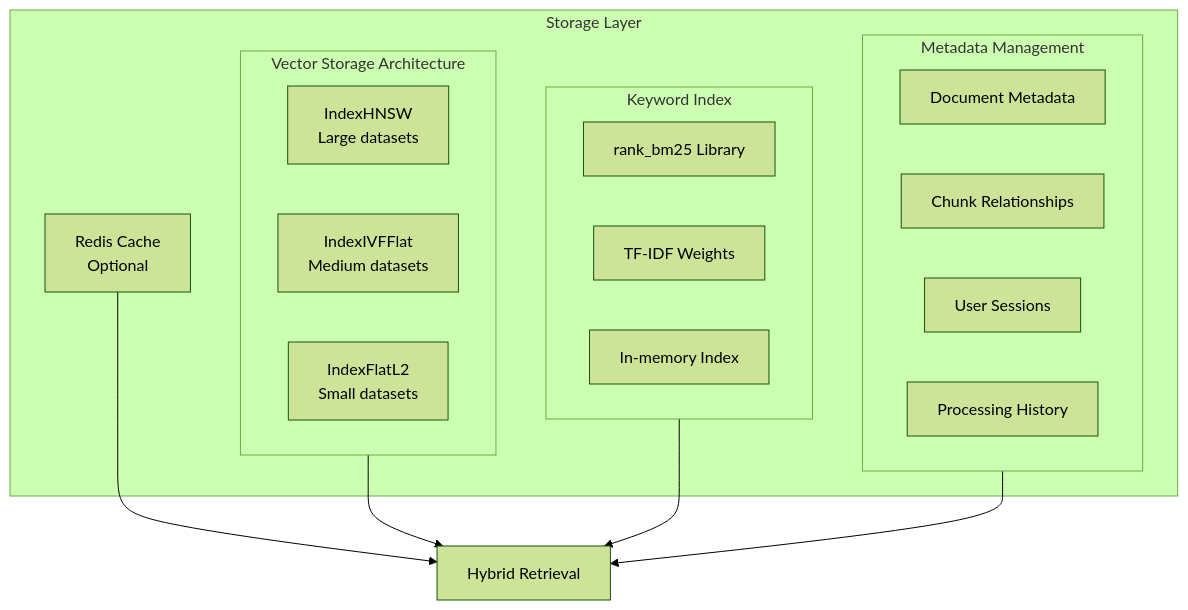
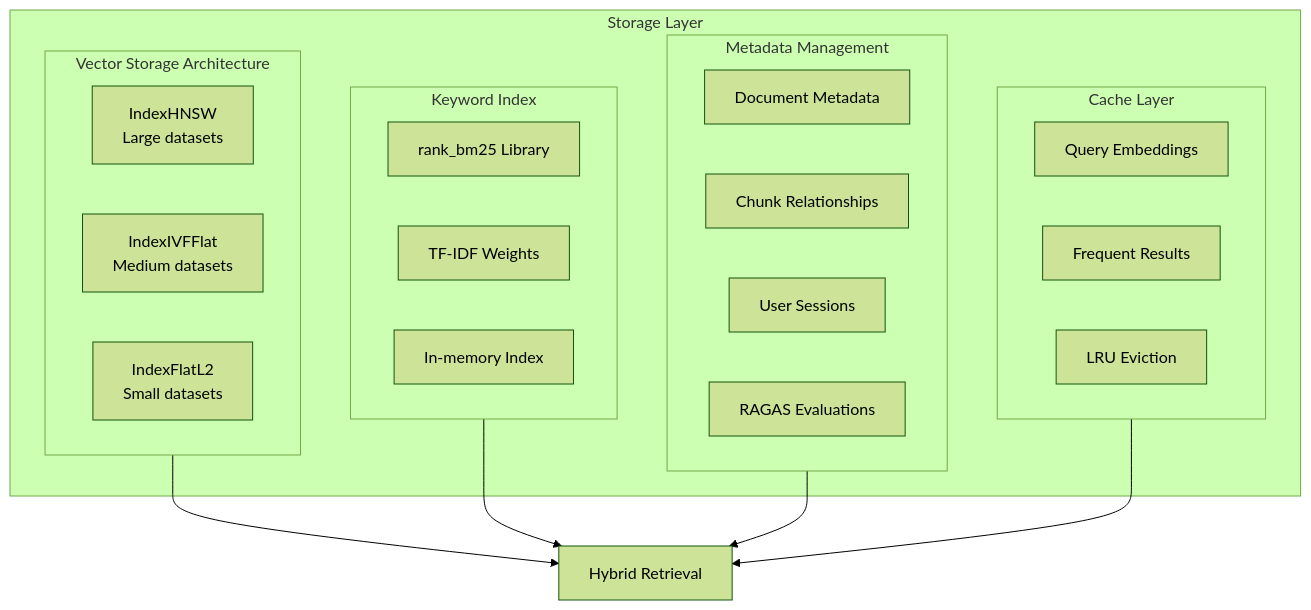
One commit to satyaki-mitra/docu-vault-ai changed the fourth of 12 diagrams in docs/ARCHITECTURE.md. Above: the diagram before and after it, drawn with Mermaid (forest theme). The commit also changed other lines of this file and 1 other file, not shown here.

````diff
--- a/docs/ARCHITECTURE.md
+++ b/docs/ARCHITECTURE.md
@@ -175,33 +168,39 @@
 ```mermaid
 graph TB
     subgraph "Storage Layer"
         A[FAISS Vector Store]
         B[BM25 Keyword Index]
         C[SQLite Metadata]
-        D[Redis Cache<br/>Optional]
+        D[LRU Cache<br/>In-Memory]
     end
     
     subgraph A [Vector Storage Architecture]
         A1[IndexHNSW<br/>Large datasets]
         A2[IndexIVFFlat<br/>Medium datasets]
         A3[IndexFlatL2<br/>Small datasets]
     end
     
     subgraph B [Keyword Index]
         B1[rank_bm25 Library]
         B2[TF-IDF Weights]
         B3[In-memory Index]
     end
     
     subgraph C [Metadata Management]
         C1[Document Metadata]
         C2[Chunk Relationships]
         C3[User Sessions]
-        C4[Processing History]
+        C4[RAGAS Evaluations]
+    end
+    
+    subgraph D [Cache Layer]
+        D1[Query Embeddings]
+        D2[Frequent Results]
+        D3[LRU Eviction]
     end
     
     A --> E[Hybrid Retrieval]
     B --> E
     C --> E
     D --> E
 ```
````
